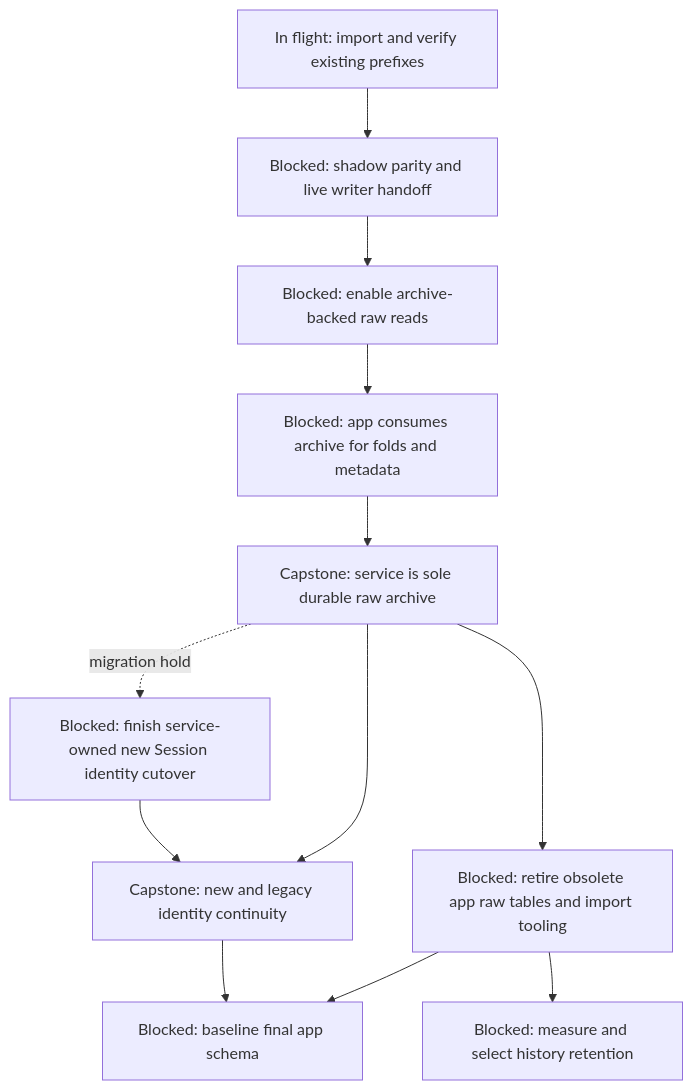
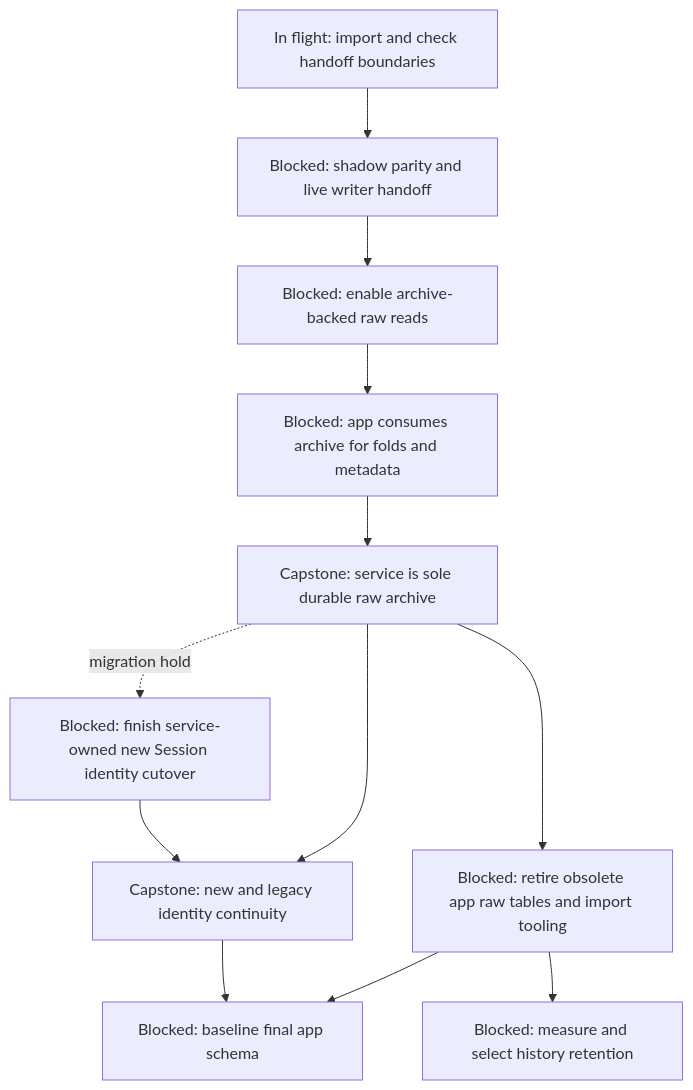
Before and after one commit to agentydragon-agent/ducktape: the first of 7 diagrams in agentplane/plans/task_dag.md, drawn with Mermaid. The commit also changed other lines of this file and 5 other files, not shown here.

````diff
--- a/agentplane/plans/task_dag.md
+++ b/agentplane/plans/task_dag.md
@@ -47,24 +47,24 @@
 ```mermaid
 flowchart TD
-    THREAD_ARCHIVE_BACKFILL[In flight: import and verify existing prefixes]
+    THREAD_ARCHIVE_BACKFILL[In flight: import and check handoff boundaries]
     THREAD_ARCHIVE_INGEST[Blocked: shadow parity and live writer handoff]
     THREAD_ARCHIVE_READ_CUTOVER[Blocked: enable archive-backed raw reads]
     THREAD_ARCHIVE_UI_CUTOVER[Blocked: app consumes archive for folds and metadata]
     THREAD_ARCHIVE_OWNERSHIP[Capstone: service is sole durable raw archive]
     APP_RAW_HISTORY_RETIRE[Blocked: retire obsolete app raw tables and import tooling]
     THREAD_IDENTITY_NEW[Blocked: finish service-owned new Session identity cutover]
     THREAD_EVENT_CONTINUITY[Capstone: new and legacy identity continuity]
     APP_ALEMBIC_SQUASH[Blocked: baseline final app schema]
     SESSION_EVENT_RETENTION[Blocked: measure and select history retention]
     THREAD_ARCHIVE_BACKFILL --> THREAD_ARCHIVE_INGEST
     THREAD_ARCHIVE_INGEST --> THREAD_ARCHIVE_READ_CUTOVER
     THREAD_ARCHIVE_READ_CUTOVER --> THREAD_ARCHIVE_UI_CUTOVER
     THREAD_ARCHIVE_UI_CUTOVER --> THREAD_ARCHIVE_OWNERSHIP
     THREAD_ARCHIVE_OWNERSHIP --> APP_RAW_HISTORY_RETIRE
     THREAD_ARCHIVE_OWNERSHIP -. migration hold .-> THREAD_IDENTITY_NEW
     THREAD_ARCHIVE_OWNERSHIP --> THREAD_EVENT_CONTINUITY
     THREAD_IDENTITY_NEW --> THREAD_EVENT_CONTINUITY
     APP_RAW_HISTORY_RETIRE --> APP_ALEMBIC_SQUASH
     THREAD_EVENT_CONTINUITY --> APP_ALEMBIC_SQUASH
     APP_RAW_HISTORY_RETIRE --> SESSION_EVENT_RETENTION
 ```
````
